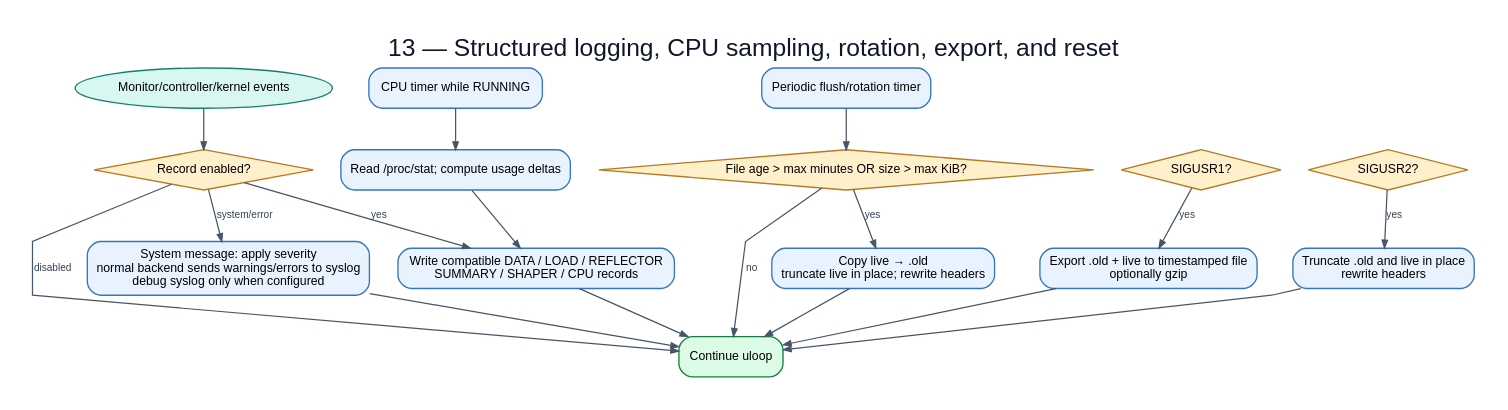
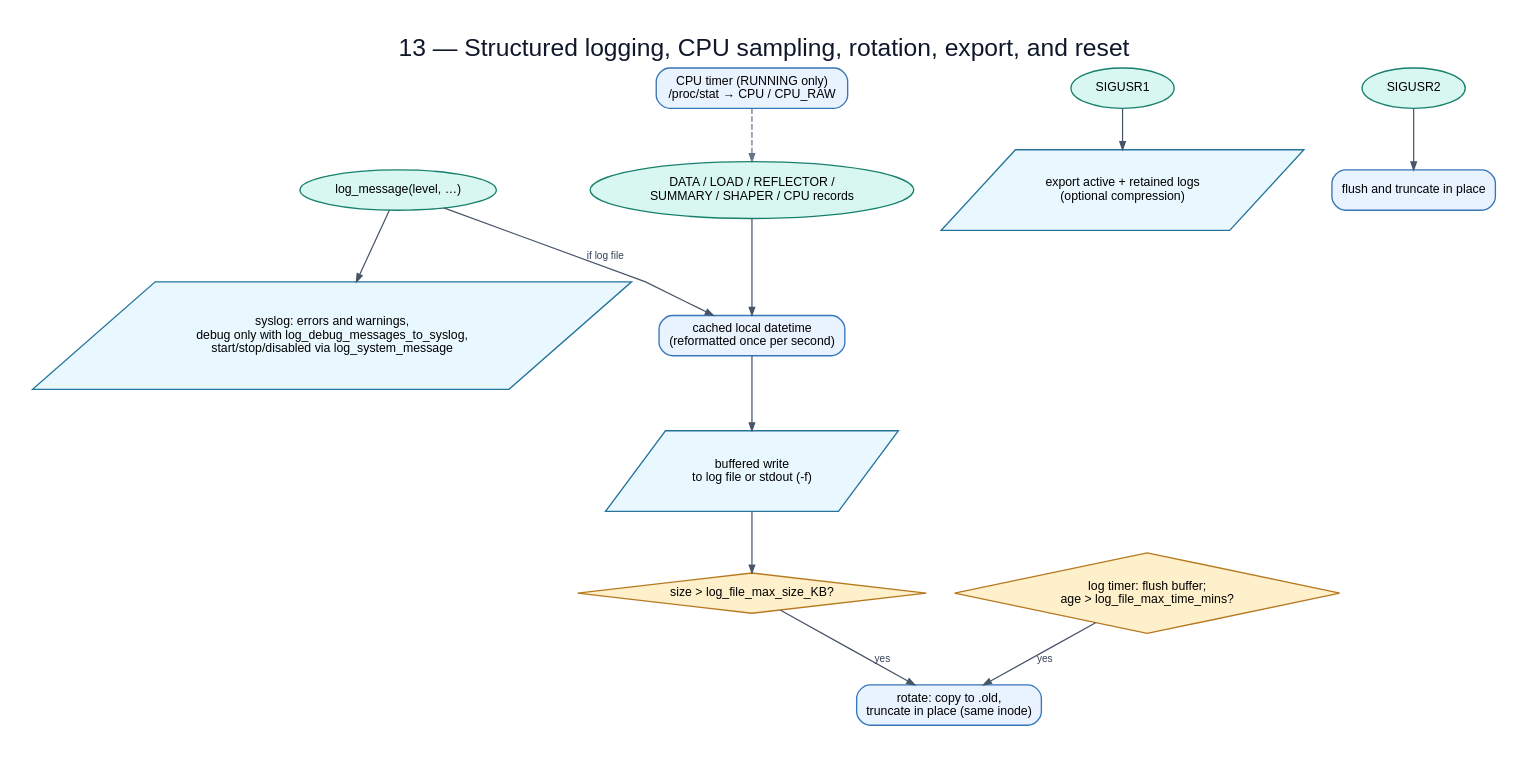
The diagram in flowchart/diagrams/13-logging-cpu-signals.dot (huydoan94/cake-adapt), drawn with Graphviz before and after one commit. The commit also changed 38 other files, not shown here.

First line of the commit message:
Redraw the flowcharts from the current sources

```diff
--- a/flowchart/diagrams/13-logging-cpu-signals.dot
+++ b/flowchart/diagrams/13-logging-cpu-signals.dot
@@ -1,35 +1,28 @@
 digraph G {
   graph [rankdir=TB,bgcolor="white",pad="0.30",nodesep="0.35",ranksep="0.48",splines=polyline,fontname="Arial",label="13 — Structured logging, CPU sampling, rotation, export, and reset",labelloc=t,fontsize=22,fontcolor="#0f172a"];
   node [fontname="Arial",fontsize=11,margin="0.14,0.09",penwidth=1.2];
   edge [fontname="Arial",fontsize=9,color="#475569",fontcolor="#334155",arrowsize=0.7,penwidth=1.1];
-  events [label="Monitor/controller/kernel events",shape=oval,style="filled",fillcolor="#d9f7f1",color="#17806d"];
-  select [label="Record enabled?",shape=diamond,style="filled",fillcolor="#fff0cc",color="#b7791f"];
-  records [label="Write compatible DATA / LOAD / REFLECTOR\nSUMMARY / SHAPER / CPU records",shape=box,style="rounded,filled",fillcolor="#e9f2ff",color="#3676b9"];
-  message [label="System message: apply severity\nnormal backend sends warnings/errors to syslog\ndebug syslog only when configured",shape=box,style="rounded,filled",fillcolor="#e9f2ff",color="#3676b9"];
-  flush [label="Periodic flush/rotation timer",shape=box,style="rounded,filled",fillcolor="#e9f2ff",color="#3676b9"];
-  limit [label="File age > max minutes OR size > max KiB?",shape=diamond,style="filled",fillcolor="#fff0cc",color="#b7791f"];
-  rotate [label="Copy live → .old\ntruncate live in place; rewrite headers",shape=box,style="rounded,filled",fillcolor="#e9f2ff",color="#3676b9"];
-  usr1 [label="SIGUSR1?",shape=diamond,style="filled",fillcolor="#fff0cc",color="#b7791f"];
-  export [label="Export .old + live to timestamped file\noptionally gzip",shape=box,style="rounded,filled",fillcolor="#e9f2ff",color="#3676b9"];
-  usr2 [label="SIGUSR2?",shape=diamond,style="filled",fillcolor="#fff0cc",color="#b7791f"];
-  reset [label="Truncate .old and live in place\nrewrite headers",shape=box,style="rounded,filled",fillcolor="#e9f2ff",color="#3676b9"];
-  cpu [label="CPU timer while RUNNING",shape=box,style="rounded,filled",fillcolor="#e9f2ff",color="#3676b9"];
-  proc [label="Read /proc/stat; compute usage deltas",shape=box,style="rounded,filled",fillcolor="#e9f2ff",color="#3676b9"];
-  out [label="Continue uloop",shape=box,style="rounded,filled,bold",fillcolor="#dcfce7",color="#15803d"];
-  events -> select;
-  select -> records [label="yes"];
-  select -> message [label="system/error"];
-  select -> out [label="disabled"];
-  records -> out;
-  message -> out;
-  flush -> limit;
-  limit -> rotate [label="yes"];
-  limit -> out [label="no"];
-  rotate -> out;
-  usr1 -> export [label="yes"];
-  export -> out;
-  usr2 -> reset [label="yes"];
-  reset -> out;
-  cpu -> proc;
-  proc -> records;
+  msg [label="log_message(level, …)",shape=oval,style="filled",fillcolor="#d9f7f1",color="#17806d"];
+  sys [label="syslog: errors and warnings,\ndebug only with log_debug_messages_to_syslog,\nstart/stop/disabled via log_system_message",shape=parallelogram,style="filled",fillcolor="#e9f7ff",color="#24749c"];
+  rec [label="DATA / LOAD / REFLECTOR /\nSUMMARY / SHAPER / CPU records",shape=oval,style="filled",fillcolor="#d9f7f1",color="#17806d"];
+  time [label="cached local datetime\n(reformatted once per second)",shape=box,style="rounded,filled",fillcolor="#e9f2ff",color="#3676b9"];
+  file [label="buffered write\nto log file or stdout (-f)",shape=parallelogram,style="filled",fillcolor="#e9f7ff",color="#24749c"];
+  size [label="size > log_file_max_size_KB?",shape=diamond,style="filled",fillcolor="#fff0cc",color="#b7791f"];
+  tick [label="log timer: flush buffer;\nage > log_file_max_time_mins?",shape=diamond,style="filled",fillcolor="#fff0cc",color="#b7791f"];
+  rotate [label="rotate: copy to .old,\ntruncate in place (same inode)",shape=box,style="rounded,filled",fillcolor="#e9f2ff",color="#3676b9"];
+  usr1 [label="SIGUSR1",shape=oval,style="filled",fillcolor="#d9f7f1",color="#17806d"];
+  export [label="export active + retained logs\n(optional compression)",shape=parallelogram,style="filled",fillcolor="#e9f7ff",color="#24749c"];
+  usr2 [label="SIGUSR2",shape=oval,style="filled",fillcolor="#d9f7f1",color="#17806d"];
+  reset [label="flush and truncate in place",shape=box,style="rounded,filled",fillcolor="#e9f2ff",color="#3676b9"];
+  cpu [label="CPU timer (RUNNING only)\n/proc/stat → CPU / CPU_RAW",shape=box,style="rounded,filled",fillcolor="#e9f2ff",color="#3676b9"];
+  msg -> sys;
+  msg -> time [label="if log file"];
+  rec -> time;
+  time -> file;
+  file -> size;
+  size -> rotate [label="yes"];
+  tick -> rotate [label="yes"];
+  usr1 -> export;
+  usr2 -> reset;
+  cpu -> rec [style=dashed,color="#64748b"];
 }
```
